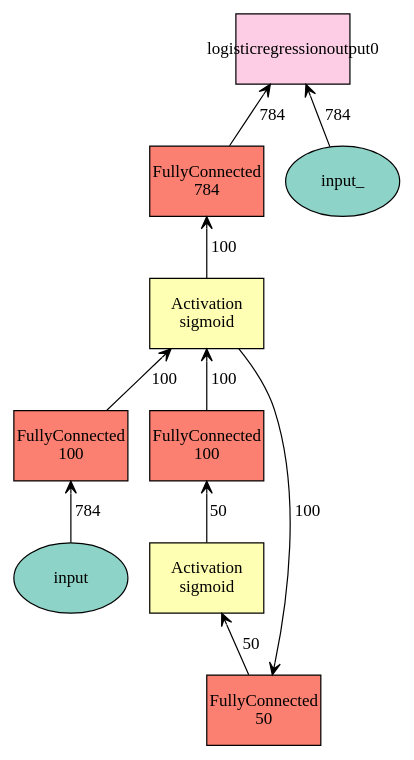
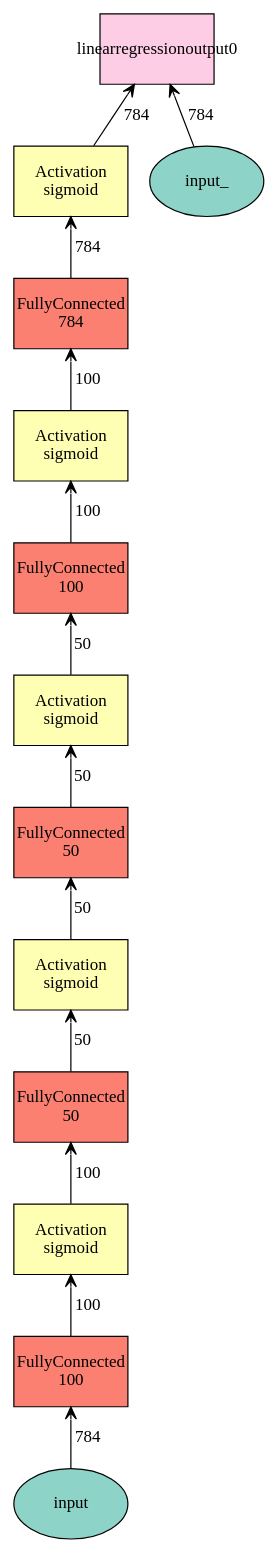
The diagram in Symbol/basic/Autoencoder Neural Networks with logisticRegressionOutput(flexible to use the module)/plot.gv (indiraibm/Mxnet_Tutorial), drawn with Graphviz before and after one commit. The commit also changed 41 other files, not shown here.

```diff
--- a/Symbol/basic/Autoencoder Neural Networks with logisticRegressionOutput(flexible to use the module)/plot.gv
+++ b/Symbol/basic/Autoencoder Neural Networks with logisticRegressionOutput(flexible to use the module)/plot.gv
@@ -1,21 +1,27 @@
 digraph plot {
 	input [label=input fillcolor="#8dd3c7" fixedsize=true height=0.8034 shape=oval style=filled width=1.3]
-	encode [label="FullyConnected\n100" fillcolor="#fb8072" fixedsize=true height=0.8034 shape=box style=filled width=1.3]
+	encode1 [label="FullyConnected\n100" fillcolor="#fb8072" fixedsize=true height=0.8034 shape=box style=filled width=1.3]
 	sigmoid1 [label="Activation\nsigmoid" fillcolor="#ffffb3" fixedsize=true height=0.8034 shape=box style=filled width=1.3]
-	middle [label="FullyConnected\n50" fillcolor="#fb8072" fixedsize=true height=0.8034 shape=box style=filled width=1.3]
+	encode2 [label="FullyConnected\n50" fillcolor="#fb8072" fixedsize=true height=0.8034 shape=box style=filled width=1.3]
 	sigmoid2 [label="Activation\nsigmoid" fillcolor="#ffffb3" fixedsize=true height=0.8034 shape=box style=filled width=1.3]
-	decode [label="FullyConnected\n100" fillcolor="#fb8072" fixedsize=true height=0.8034 shape=box style=filled width=1.3]
-	sigmoid1 [label="Activation\nsigmoid" fillcolor="#ffffb3" fixedsize=true height=0.8034 shape=box style=filled width=1.3]
+	decode1 [label="FullyConnected\n50" fillcolor="#fb8072" fixedsize=true height=0.8034 shape=box style=filled width=1.3]
+	sigmoid3 [label="Activation\nsigmoid" fillcolor="#ffffb3" fixedsize=true height=0.8034 shape=box style=filled width=1.3]
+	decode2 [label="FullyConnected\n100" fillcolor="#fb8072" fixedsize=true height=0.8034 shape=box style=filled width=1.3]
+	sigmoid4 [label="Activation\nsigmoid" fillcolor="#ffffb3" fixedsize=true height=0.8034 shape=box style=filled width=1.3]
 	result [label="FullyConnected\n784" fillcolor="#fb8072" fixedsize=true height=0.8034 shape=box style=filled width=1.3]
+	sigmoid5 [label="Activation\nsigmoid" fillcolor="#ffffb3" fixedsize=true height=0.8034 shape=box style=filled width=1.3]
 	input_ [label=input_ fillcolor="#8dd3c7" fixedsize=true height=0.8034 shape=oval style=filled width=1.3]
-	logisticregressionoutput0 [label=logisticregressionoutput0 fillcolor="#fccde5" fixedsize=true height=0.8034 shape=box style=filled width=1.3]
-		encode -> input [label=784 arrowtail=open dir=back]
-		sigmoid1 -> encode [label=100 arrowtail=open dir=back]
-		middle -> sigmoid1 [label=100 arrowtail=open dir=back]
-		sigmoid2 -> middle [label=50 arrowtail=open dir=back]
-		decode -> sigmoid2 [label=50 arrowtail=open dir=back]
-		sigmoid1 -> decode [label=100 arrowtail=open dir=back]
-		result -> sigmoid1 [label=100 arrowtail=open dir=back]
-		logisticregressionoutput0 -> result [label=784 arrowtail=open dir=back]
-		logisticregressionoutput0 -> input_ [label=784 arrowtail=open dir=back]
+	linearregressionoutput0 [label=linearregressionoutput0 fillcolor="#fccde5" fixedsize=true height=0.8034 shape=box style=filled width=1.3]
+	encode1 -> input [label=784 arrowtail=open dir=back]
+	sigmoid1 -> encode1 [label=100 arrowtail=open dir=back]
+	encode2 -> sigmoid1 [label=100 arrowtail=open dir=back]
+	sigmoid2 -> encode2 [label=50 arrowtail=open dir=back]
+	decode1 -> sigmoid2 [label=50 arrowtail=open dir=back]
+	sigmoid3 -> decode1 [label=50 arrowtail=open dir=back]
+	decode2 -> sigmoid3 [label=50 arrowtail=open dir=back]
+	sigmoid4 -> decode2 [label=100 arrowtail=open dir=back]
+	result -> sigmoid4 [label=100 arrowtail=open dir=back]
+	sigmoid5 -> result [label=784 arrowtail=open dir=back]
+	linearregressionoutput0 -> sigmoid5 [label=784 arrowtail=open dir=back]
+	linearregressionoutput0 -> input_ [label=784 arrowtail=open dir=back]
 }
```
